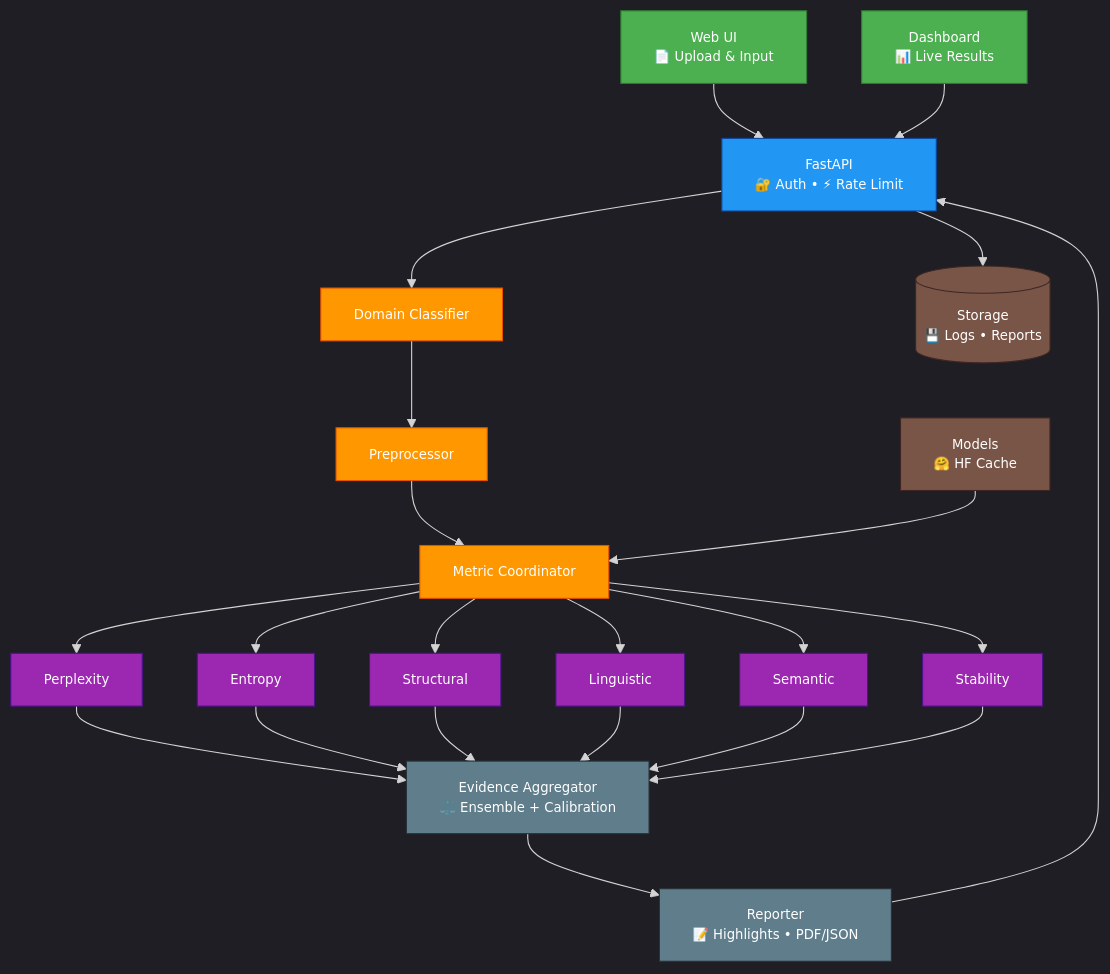
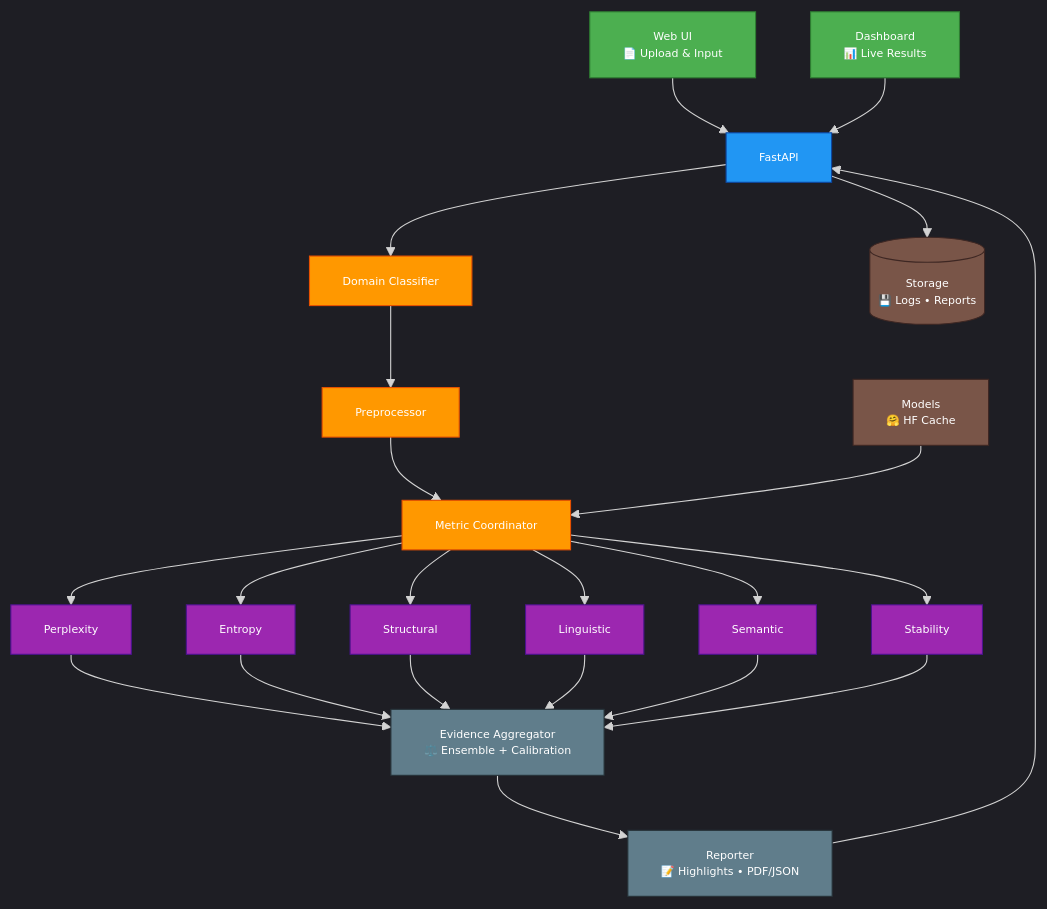
One commit to satyaki-mitra/text_authentication changed the first of 3 diagrams in README.md. Above: the diagram before and after it, drawn with Mermaid. The commit also changed other lines of this file, not shown here.

````diff
--- a/README.md
+++ b/README.md
@@ -140,59 +138,59 @@
 ```mermaid
 %%{init: {
   "theme": "dark",
   "themeVariables": {
-    "fontSize": "12px",
+    "fontSize": "10px",
     "fontFamily": "Segoe UI, Helvetica, Arial, sans-serif"
   }
 }}%%
 flowchart TD
     classDef frontend fill:#4CAF50,stroke:#2E7D32,color:white;
     classDef api fill:#2196F3,stroke:#0D47A1,color:white;
     classDef orchestrator fill:#FF9800,stroke:#E65100,color:white;
     classDef metrics fill:#9C27B0,stroke:#4A148C,color:white;
     classDef core fill:#607D8B,stroke:#263238,color:white;
     classDef storage fill:#795548,stroke:#3E2723,color:white;
 
     A[Web UI<br/>📄 Upload & Input]:::frontend
     B[Dashboard<br/>📊 Live Results]:::frontend
 
-    C[FastAPI<br/>🔐 Auth • ⚡ Rate Limit]:::api
+    C[FastAPI<br/>]:::api
 
     D[Domain Classifier]:::orchestrator
     E[Preprocessor]:::orchestrator
     F[Metric Coordinator]:::orchestrator
 
     P1[Perplexity]:::metrics
     P2[Entropy]:::metrics
     P3[Structural]:::metrics
     P4[Linguistic]:::metrics
     P5[Semantic]:::metrics
     P6[Stability]:::metrics
 
     G[Evidence Aggregator<br/>⚖️ Ensemble + Calibration]:::core
     H[Reporter<br/>📝 Highlights • PDF/JSON]:::core
     I["Models<br/>🤗 HF Cache"]:::storage
     J[(Storage<br/>💾 Logs • Reports)]:::storage
 
     A --> C
     B --> C
     C --> D
     D --> E
     E --> F
     F --> P1
     F --> P2
     F --> P3
     F --> P4
     F --> P5
     F --> P6
     P1 --> G
     P2 --> G
     P3 --> G
     P4 --> G
     P5 --> G
     P6 --> G
     G --> H
     H --> C
     I --> F
     C --> J
 ```
````
